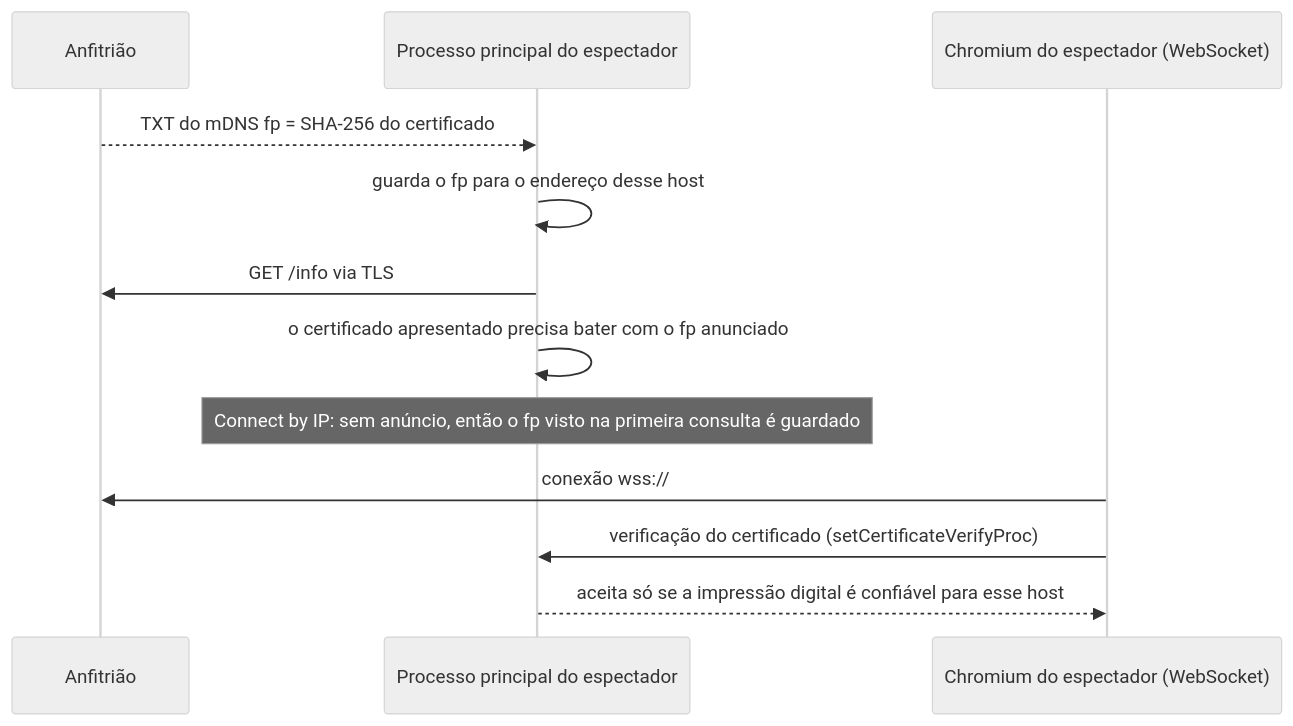
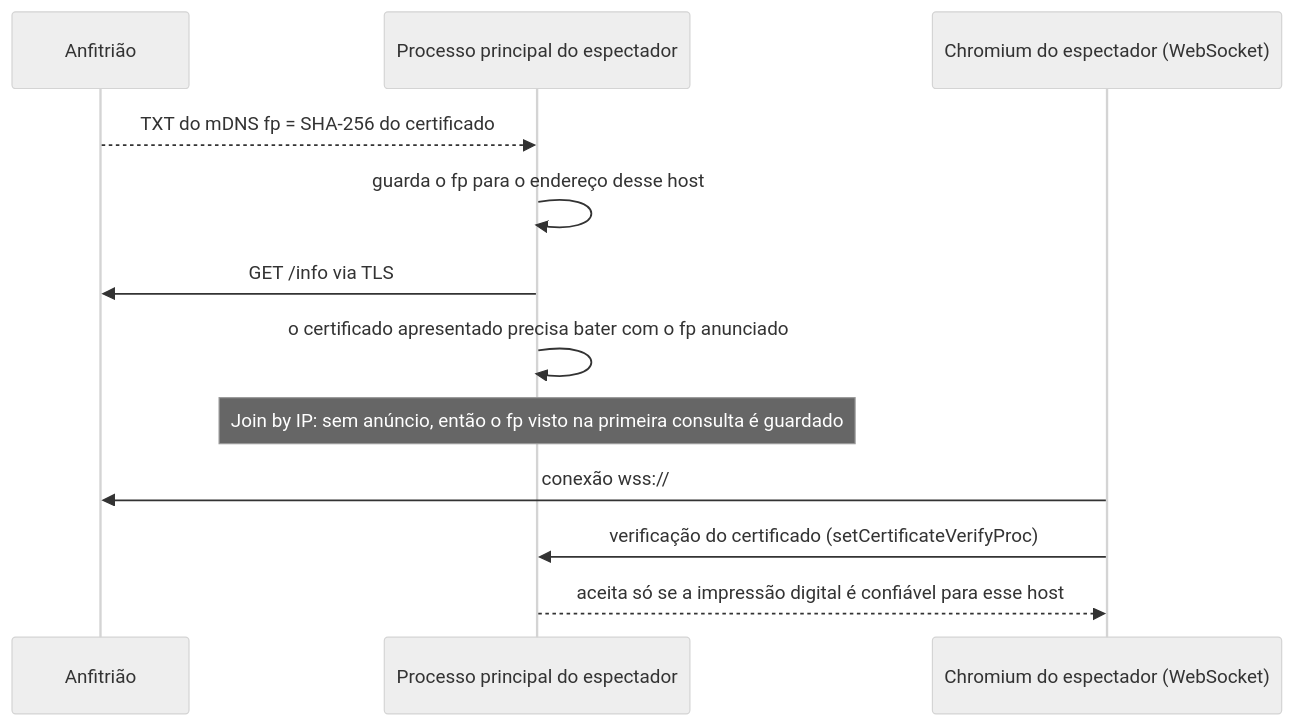
The diagram in docs/pt-BR/security.md (nsfxu/lan-screenshare), drawn with Mermaid (neutral theme) before and after one commit. The commit also changed other lines of this file and 17 other files, not shown here.

````diff
--- a/docs/pt-BR/security.md
+++ b/docs/pt-BR/security.md
@@ -39,14 +39,14 @@
 ```mermaid
 sequenceDiagram
   participant H as Anfitrião
   participant V as Processo principal do espectador
   participant C as Chromium do espectador (WebSocket)
   H-->>V: TXT do mDNS fp = SHA-256 do certificado
   V->>V: guarda o fp para o endereço desse host
   V->>H: GET /info via TLS
   V->>V: o certificado apresentado precisa bater com o fp anunciado
-  Note over V: Connect by IP: sem anúncio, então o fp visto na primeira consulta é guardado
+  Note over V: Join by IP: sem anúncio, então o fp visto na primeira consulta é guardado
   C->>H: conexão wss://
   C->>V: verificação do certificado (setCertificateVerifyProc)
   V-->>C: aceita só se a impressão digital é confiável para esse host
 ```
````
